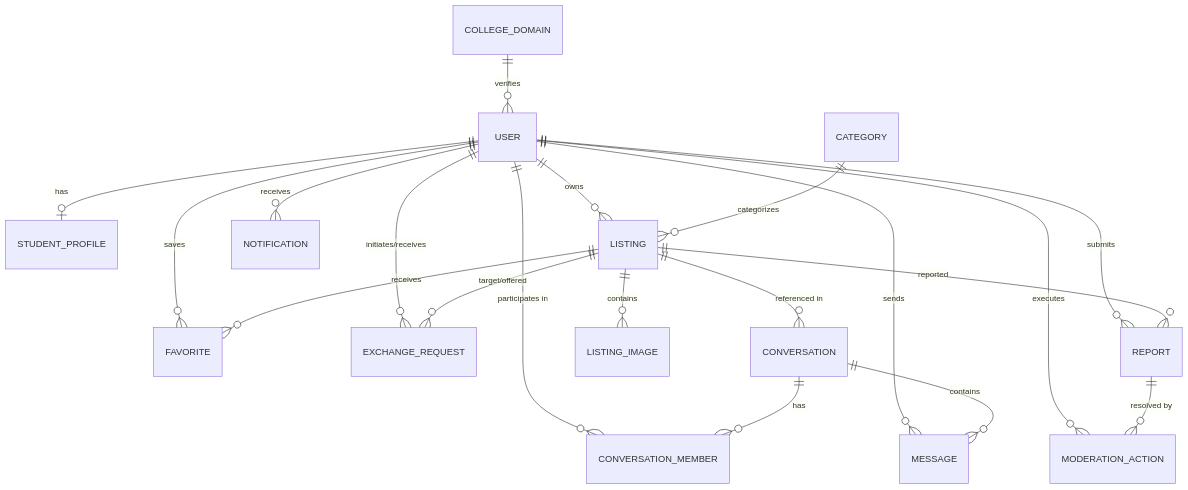
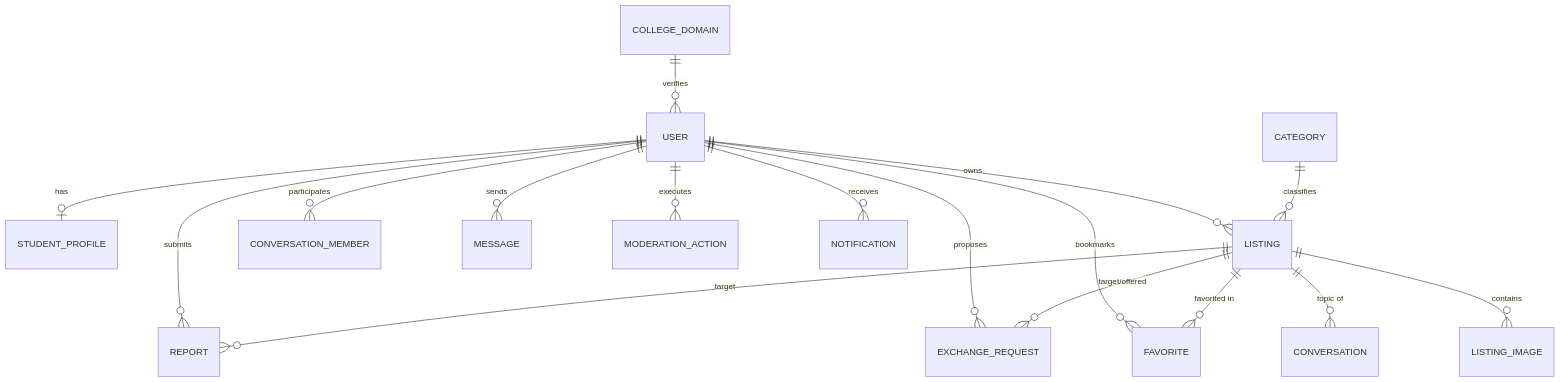
Before and after one commit to Nilesh-singh91/Campus-connect-marketplace: the second of 2 diagrams in README.md, drawn with Mermaid. The commit also changed other lines of this file, not shown here.

Commit message:
docs: add comprehensive professional README with badges, diagrams, Greater Noida cluster, and demo guide

````diff
--- a/README.md
+++ b/README.md
@@ -107,24 +140,20 @@
 ```mermaid
 erDiagram
     COLLEGE_DOMAIN ||--o{ USER : "verifies"
     USER ||--o| STUDENT_PROFILE : "has"
     USER ||--o{ LISTING : "owns"
-    USER ||--o{ FAVORITE : "saves"
-    USER ||--o{ CONVERSATION_MEMBER : "participates in"
+    USER ||--o{ FAVORITE : "bookmarks"
+    USER ||--o{ CONVERSATION_MEMBER : "participates"
     USER ||--o{ MESSAGE : "sends"
-    USER ||--o{ EXCHANGE_REQUEST : "initiates/receives"
+    USER ||--o{ EXCHANGE_REQUEST : "proposes"
     USER ||--o{ REPORT : "submits"
     USER ||--o{ MODERATION_ACTION : "executes"
     USER ||--o{ NOTIFICATION : "receives"
 
-    CATEGORY ||--o{ LISTING : "categorizes"
+    CATEGORY ||--o{ LISTING : "classifies"
     LISTING ||--o{ LISTING_IMAGE : "contains"
-    LISTING ||--o{ FAVORITE : "receives"
-    LISTING ||--o{ CONVERSATION : "referenced in"
+    LISTING ||--o{ FAVORITE : "favorited in"
+    LISTING ||--o{ CONVERSATION : "topic of"
     LISTING ||--o{ EXCHANGE_REQUEST : "target/offered"
-    LISTING ||--o{ REPORT : "reported"
-
-    CONVERSATION ||--o{ CONVERSATION_MEMBER : "has"
-    CONVERSATION ||--o{ MESSAGE : "contains"
-    REPORT ||--o{ MODERATION_ACTION : "resolved by"
+    LISTING ||--o{ REPORT : "target"
 ```
````
